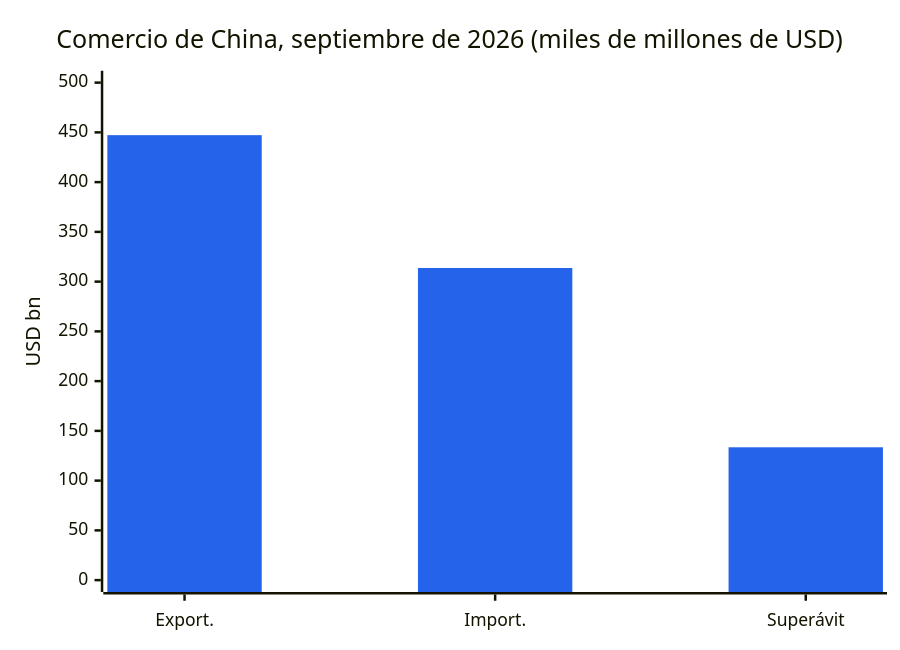
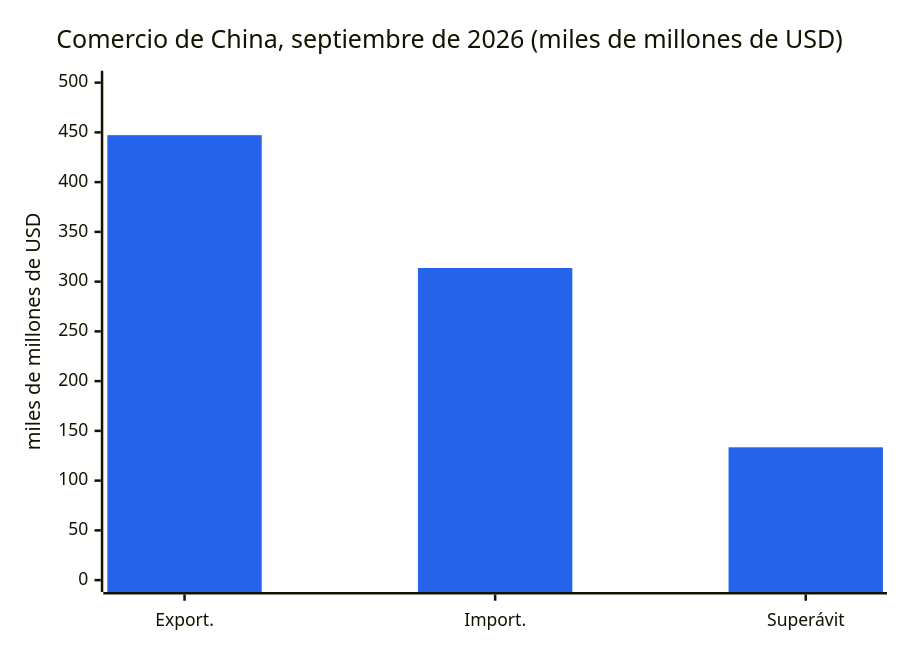
One commit to dureach/research changed the third of 19 diagrams in Global-Trade-Intelligence-weekly-2026-10-19/index.es.md. Above: the diagram before and after it, drawn with Mermaid. The commit also changed other lines of this file and 5 other files, not shown here.

````diff
--- a/Global-Trade-Intelligence-weekly-2026-10-19/index.es.md
+++ b/Global-Trade-Intelligence-weekly-2026-10-19/index.es.md
@@ -138,8 +138,8 @@
 ```mermaid
 %%{init: {'theme': 'base', 'themeVariables': {'xyChart': {'plotColorPalette': '#2563eb'}}}}%%
 xychart-beta
     title "Comercio de China, septiembre de 2026 (miles de millones de USD)"
     x-axis ["Export.", "Import.", "Superávit"]
-    y-axis "USD bn" 0 --> 500
+    y-axis "miles de millones de USD" 0 --> 500
     bar [447.2, 313.7, 133.5]
 ```
````
